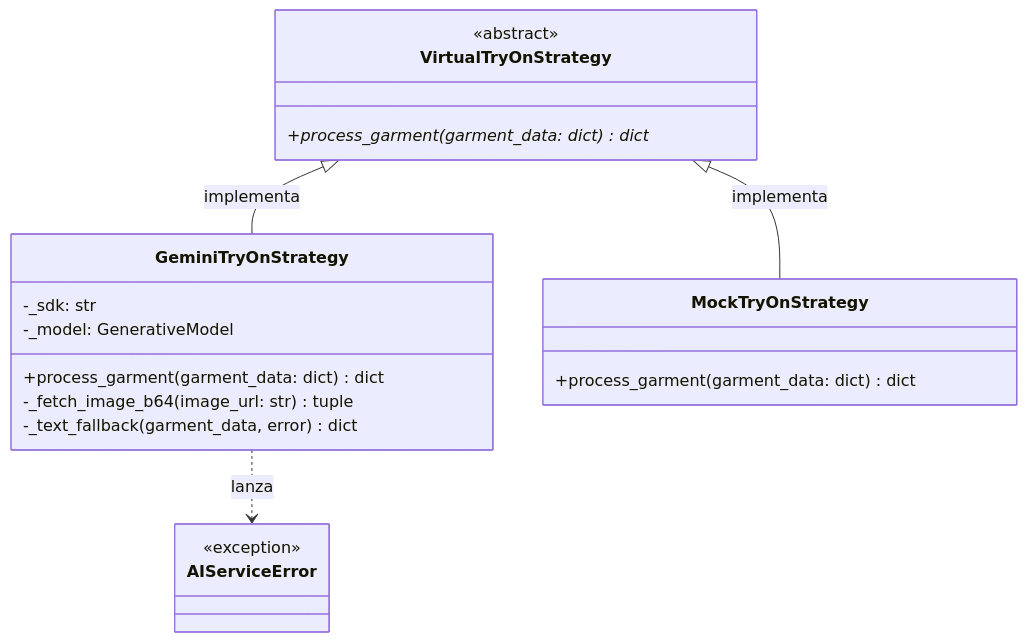
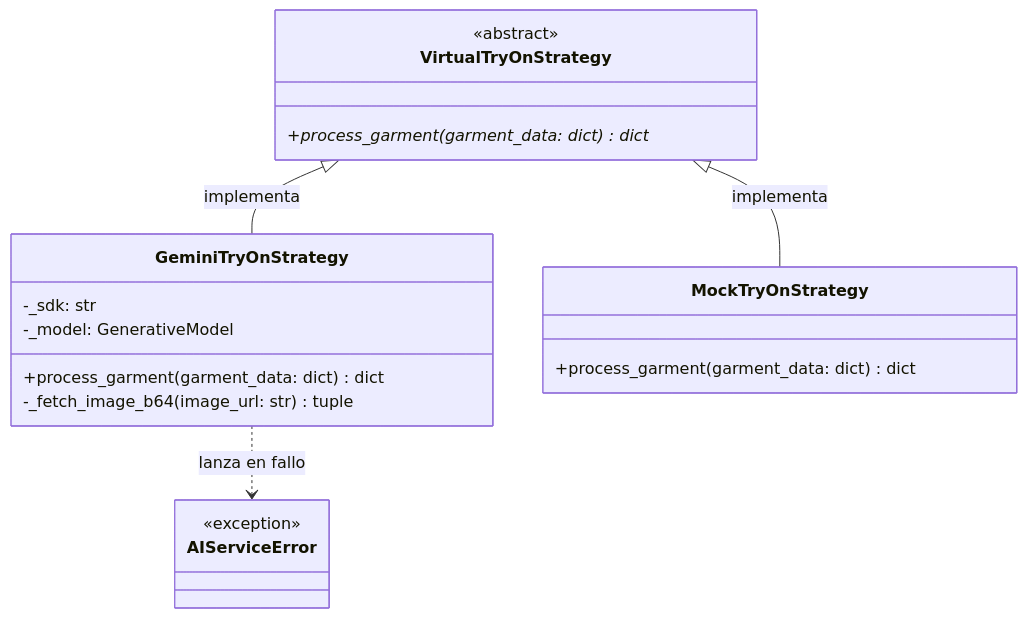
Before and after one commit to tominadal/TryOn_progra2: the second of 9 diagrams in docs/diagrama_clases.md, drawn with Mermaid. The commit also changed other lines of this file and 53 other files, not shown here.

````diff
--- a/docs/diagrama_clases.md
+++ b/docs/diagrama_clases.md
@@ -125,27 +168,26 @@
 ```mermaid
 classDiagram
     class VirtualTryOnStrategy {
         <<abstract>>
         +process_garment(garment_data: dict) dict*
     }
 
     class GeminiTryOnStrategy {
         -_sdk: str
         -_model: GenerativeModel
         +process_garment(garment_data: dict) dict
         -_fetch_image_b64(image_url: str) tuple
-        -_text_fallback(garment_data, error) dict
     }
 
     class MockTryOnStrategy {
         +process_garment(garment_data: dict) dict
     }
 
     class AIServiceError {
         <<exception>>
     }
 
     VirtualTryOnStrategy <|-- GeminiTryOnStrategy : implementa
     VirtualTryOnStrategy <|-- MockTryOnStrategy : implementa
-    GeminiTryOnStrategy ..> AIServiceError : lanza
+    GeminiTryOnStrategy ..> AIServiceError : lanza en fallo
 ```
````
